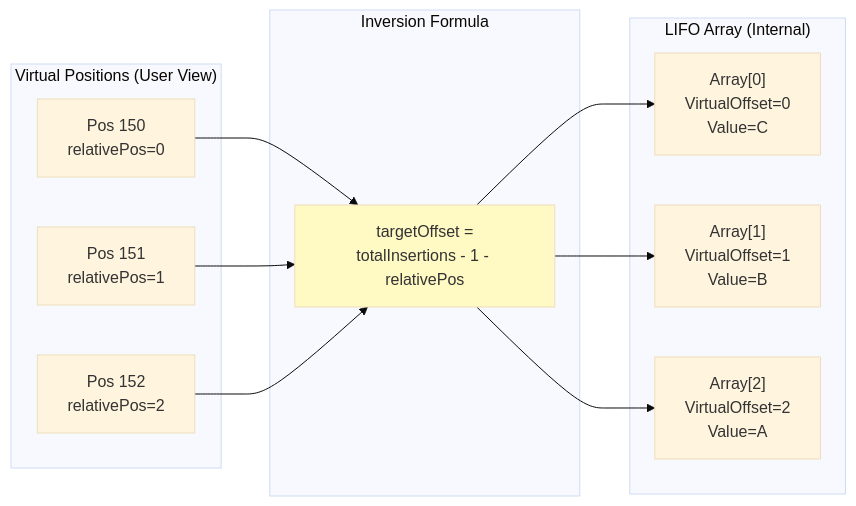
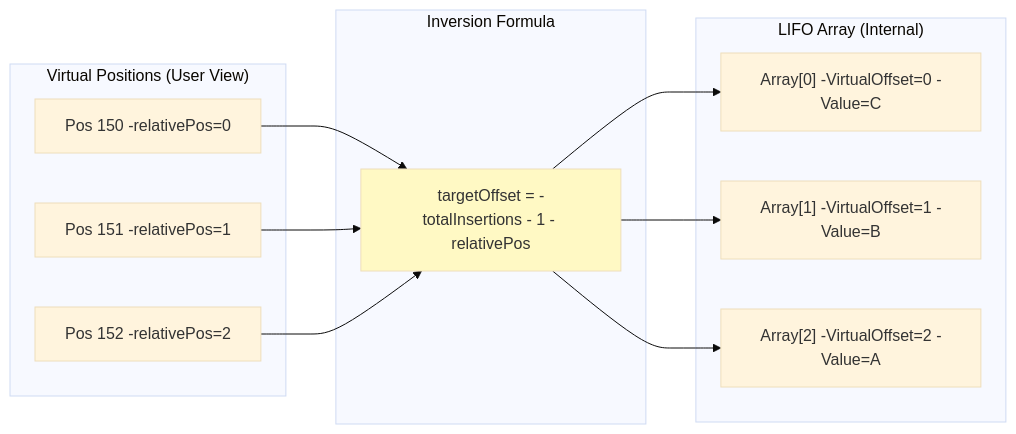
One commit to myd7349/WpfHexEditorControl changed diagram 17 of 24 in ARCHITECTURE_V2.md. Above: the diagram before and after it, drawn with Mermaid (base theme). The commit also changed other lines of this file, not shown here.

First line of the commit message:
Fix all remaining Mermaid diagram br tags for GitHub compatibility

````diff
--- a/ARCHITECTURE_V2.md
+++ b/ARCHITECTURE_V2.md
@@ -1269,29 +1269,29 @@
 ```mermaid
 graph LR
     subgraph "Virtual Positions (User View)"
-        VP0["Pos 150<br/>relativePos=0"]
-        VP1["Pos 151<br/>relativePos=1"]
-        VP2["Pos 152<br/>relativePos=2"]
+        VP0["Pos 150 -relativePos=0"]
+        VP1["Pos 151 -relativePos=1"]
+        VP2["Pos 152 -relativePos=2"]
     end
 
     subgraph "Inversion Formula"
-        F["targetOffset =<br/>totalInsertions - 1 - relativePos"]
+        F["targetOffset = -totalInsertions - 1 - relativePos"]
     end
 
     subgraph "LIFO Array (Internal)"
-        A0["Array[0]<br/>VirtualOffset=0<br/>Value=C"]
-        A1["Array[1]<br/>VirtualOffset=1<br/>Value=B"]
-        A2["Array[2]<br/>VirtualOffset=2<br/>Value=A"]
+        A0["Array[0] -VirtualOffset=0 -Value=C"]
+        A1["Array[1] -VirtualOffset=1 -Value=B"]
+        A2["Array[2] -VirtualOffset=2 -Value=A"]
     end
 
     VP0 --> F
     F --> A2
 
     VP1 --> F
     F --> A1
 
     VP2 --> F
     F --> A0
 
     style F fill:#fff9c4
 ```
````
